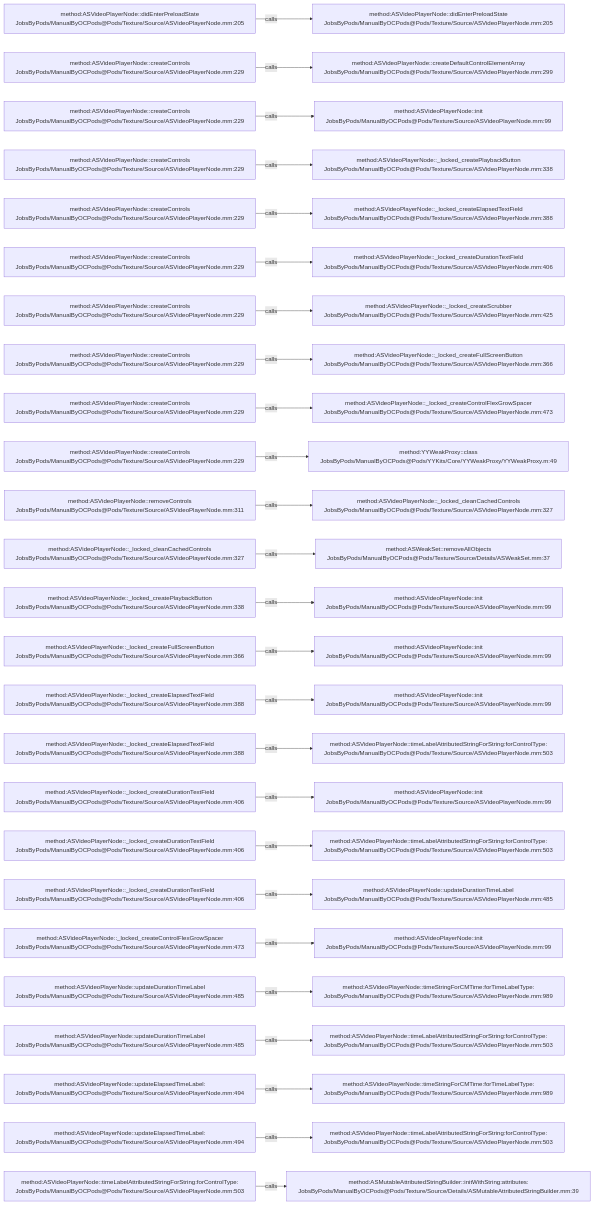
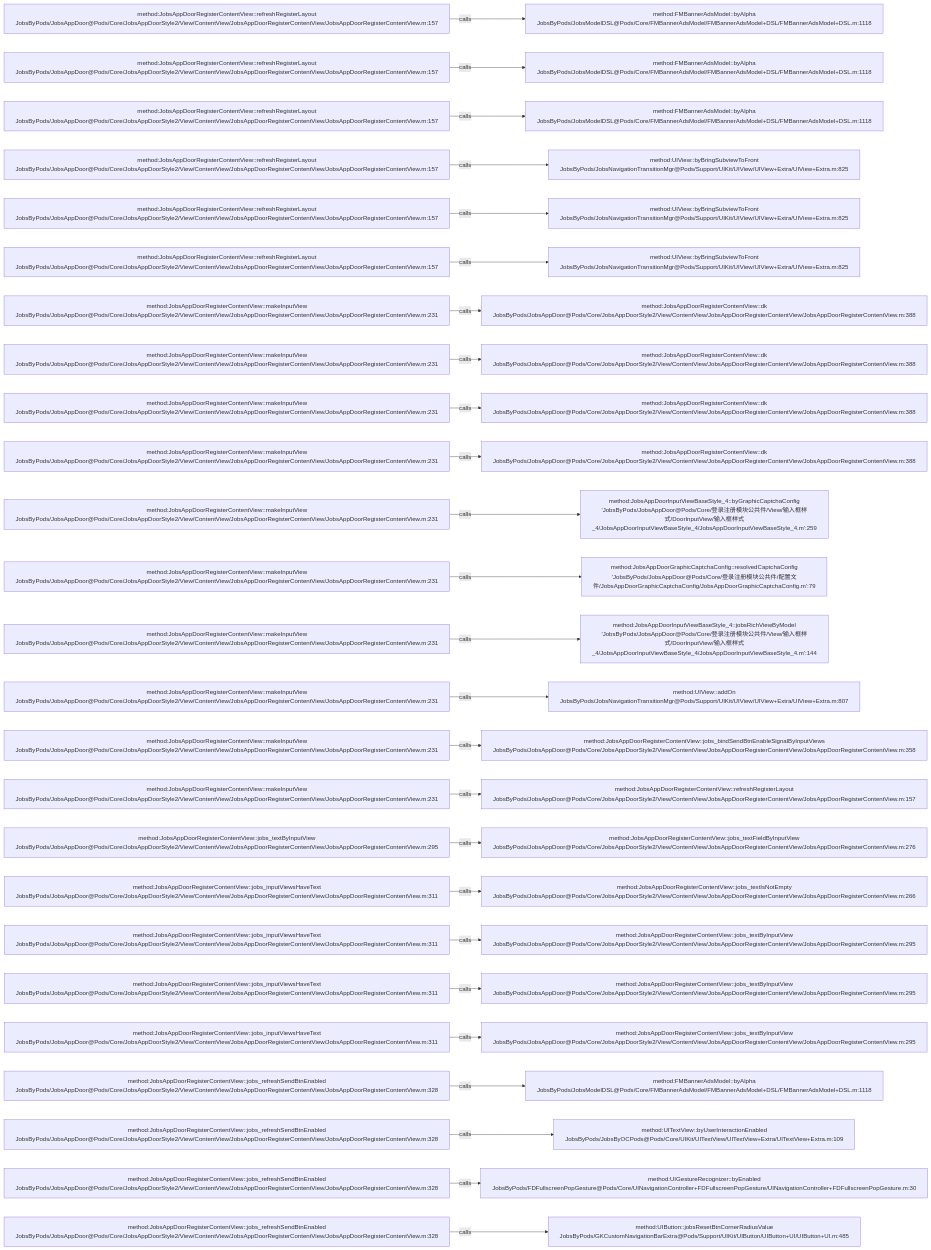
The diagram in .codegraph/codegraph.md/graphs/calls-130.md (JobsKits/JobsOCBaseConfigDemo), drawn with Mermaid before and after one commit. The commit also changed 768 other files, not shown here.

````diff
--- a/.codegraph/codegraph.md/graphs/calls-130.md
+++ b/.codegraph/codegraph.md/graphs/calls-130.md
@@ -13,78 +13,78 @@
 ```mermaid
 flowchart LR
-  S1["method:ASVideoPlayerNode::didEnterPreloadState<br/>JobsByPods/ManualByOCPods@Pods/Texture/Source/ASVideoPlayerNode.mm:205"]
-  T1["method:ASVideoPlayerNode::didEnterPreloadState<br/>JobsByPods/ManualByOCPods@Pods/Texture/Source/ASVideoPlayerNode.mm:205"]
+  S1["method:JobsAppDoorRegisterContentView::refreshRegisterLayout<br/>JobsByPods/JobsAppDoor@Pods/Core/JobsAppDoorStyle2/View/ContentView/JobsAppDoorRegisterContentView/JobsAppDoorRegisterContentView.m:157"]
+  T1["method:FMBannerAdsModel::byAlpha<br/>JobsByPods/JobsModelDSL@Pods/Core/FMBannerAdsModel/FMBannerAdsModel+DSL/FMBannerAdsModel+DSL.m:1118"]
   S1 -->|calls| T1
-  S2["method:ASVideoPlayerNode::createControls<br/>JobsByPods/ManualByOCPods@Pods/Texture/Source/ASVideoPlayerNode.mm:229"]
-  T2["method:ASVideoPlayerNode::createDefaultControlElementArray<br/>JobsByPods/ManualByOCPods@Pods/Texture/Source/ASVideoPlayerNode.mm:299"]
+  S2["method:JobsAppDoorRegisterContentView::refreshRegisterLayout<br/>JobsByPods/JobsAppDoor@Pods/Core/JobsAppDoorStyle2/View/ContentView/JobsAppDoorRegisterContentView/JobsAppDoorRegisterContentView.m:157"]
+  T2["method:FMBannerAdsModel::byAlpha<br/>JobsByPods/JobsModelDSL@Pods/Core/FMBannerAdsModel/FMBannerAdsModel+DSL/FMBannerAdsModel+DSL.m:1118"]
   S2 -->|calls| T2
-  S3["method:ASVideoPlayerNode::createControls<br/>JobsByPods/ManualByOCPods@Pods/Texture/Source/ASVideoPlayerNode.mm:229"]
-  T3["method:ASVideoPlayerNode::init<br/>JobsByPods/ManualByOCPods@Pods/Texture/Source/ASVideoPlayerNode.mm:99"]
+  S3["method:JobsAppDoorRegisterContentView::refreshRegisterLayout<br/>JobsByPods/JobsAppDoor@Pods/Core/JobsAppDoorStyle2/View/ContentView/JobsAppDoorRegisterContentView/JobsAppDoorRegisterContentView.m:157"]
+  T3["method:FMBannerAdsModel::byAlpha<br/>JobsByPods/JobsModelDSL@Pods/Core/FMBannerAdsModel/FMBannerAdsModel+DSL/FMBannerAdsModel+DSL.m:1118"]
   S3 -->|calls| T3
-  S4["method:ASVideoPlayerNode::createControls<br/>JobsByPods/ManualByOCPods@Pods/Texture/Source/ASVideoPlayerNode.mm:229"]
-  T4["method:ASVideoPlayerNode::_locked_createPlaybackButton<br/>JobsByPods/ManualByOCPods@Pods/Texture/Source/ASVideoPlayerNode.mm:338"]
+  S4["method:JobsAppDoorRegisterContentView::refreshRegisterLayout<br/>JobsByPods/JobsAppDoor@Pods/Core/JobsAppDoorStyle2/View/ContentView/JobsAppDoorRegisterContentView/JobsAppDoorRegisterContentView.m:157"]
+  T4["method:UIView::byBringSubviewToFront<br/>JobsByPods/JobsNavigationTransitionMgr@Pods/Support/UIKit/UIView/UIView+Extra/UIView+Extra.m:825"]
   S4 -->|calls| T4
-  S5["method:ASVideoPlayerNode::createControls<br/>JobsByPods/ManualByOCPods@Pods/Texture/Source/ASVideoPlayerNode.mm:229"]
-  T5["method:ASVideoPlayerNode::_locked_createElapsedTextField<br/>JobsByPods/ManualByOCPods@Pods/Texture/Source/ASVideoPlayerNode.mm:388"]
+  S5["method:JobsAppDoorRegisterContentView::refreshRegisterLayout<br/>JobsByPods/JobsAppDoor@Pods/Core/JobsAppDoorStyle2/View/ContentView/JobsAppDoorRegisterContentView/JobsAppDoorRegisterContentView.m:157"]
+  T5["method:UIView::byBringSubviewToFront<br/>JobsByPods/JobsNavigationTransitionMgr@Pods/Support/UIKit/UIView/UIView+Extra/UIView+Extra.m:825"]
   S5 -->|calls| T5
-  S6["method:ASVideoPlayerNode::createControls<br/>JobsByPods/ManualByOCPods@Pods/Texture/Source/ASVideoPlayerNode.mm:229"]
-  T6["method:ASVideoPlayerNode::_locked_createDurationTextField<br/>JobsByPods/ManualByOCPods@Pods/Texture/Source/ASVideoPlayerNode.mm:406"]
+  S6["method:JobsAppDoorRegisterContentView::refreshRegisterLayout<br/>JobsByPods/JobsAppDoor@Pods/Core/JobsAppDoorStyle2/View/ContentView/JobsAppDoorRegisterContentView/JobsAppDoorRegisterContentView.m:157"]
+  T6["method:UIView::byBringSubviewToFront<br/>JobsByPods/JobsNavigationTransitionMgr@Pods/Support/UIKit/UIView/UIView+Extra/UIView+Extra.m:825"]
   S6 -->|calls| T6
-  S7["method:ASVideoPlayerNode::createControls<br/>JobsByPods/ManualByOCPods@Pods/Texture/Source/ASVideoPlayerNode.mm:229"]
-  T7["method:ASVideoPlayerNode::_locked_createScrubber<br/>JobsByPods/ManualByOCPods@Pods/Texture/Source/ASVideoPlayerNode.mm:425"]
+  S7["method:JobsAppDoorRegisterContentView::makeInputView<br/>JobsByPods/JobsAppDoor@Pods/Core/JobsAppDoorStyle2/View/ContentView/JobsAppDoorRegisterContentView/JobsAppDoorRegisterContentView.m:231"]
+  T7["method:JobsAppDoorRegisterContentView::dk<br/>JobsByPods/JobsAppDoor@Pods/Core/JobsAppDoorStyle2/View/ContentView/JobsAppDoorRegisterContentView/JobsAppDoorRegisterContentView.m:388"]
   S7 -->|calls| T7
-  S8["method:ASVideoPlayerNode::createControls<br/>JobsByPods/ManualByOCPods@Pods/Texture/Source/ASVideoPlayerNode.mm:229"]
-  T8["method:ASVideoPlayerNode::_locked_createFullScreenButton<br/>JobsByPods/ManualByOCPods@Pods/Texture/Source/ASVideoPlayerNode.mm:366"]
+  S8["method:JobsAppDoorRegisterContentView::makeInputView<br/>JobsByPods/JobsAppDoor@Pods/Core/JobsAppDoorStyle2/View/ContentView/JobsAppDoorRegisterContentView/JobsAppDoorRegisterContentView.m:231"]
+  T8["method:JobsAppDoorRegisterContentView::dk<br/>JobsByPods/JobsAppDoor@Pods/Core/JobsAppDoorStyle2/View/ContentView/JobsAppDoorRegisterContentView/JobsAppDoorRegisterContentView.m:388"]
   S8 -->|calls| T8
-  S9["method:ASVideoPlayerNode::createControls<br/>JobsByPods/ManualByOCPods@Pods/Texture/Source/ASVideoPlayerNode.mm:229"]
-  T9["method:ASVideoPlayerNode::_locked_createControlFlexGrowSpacer<br/>JobsByPods/ManualByOCPods@Pods/Texture/Source/ASVideoPlayerNode.mm:473"]
+  S9["method:JobsAppDoorRegisterContentView::makeInputView<br/>JobsByPods/JobsAppDoor@Pods/Core/JobsAppDoorStyle2/View/ContentView/JobsAppDoorRegisterContentView/JobsAppDoorRegisterContentView.m:231"]
+  T9["method:JobsAppDoorRegisterContentView::dk<br/>JobsByPods/JobsAppDoor@Pods/Core/JobsAppDoorStyle2/View/ContentView/JobsAppDoorRegisterContentView/JobsAppDoorRegisterContentView.m:388"]
   S9 -->|calls| T9
-  S10["method:ASVideoPlayerNode::createControls<br/>JobsByPods/ManualByOCPods@Pods/Texture/Source/ASVideoPlayerNode.mm:229"]
-  T10["method:YYWeakProxy::class<br/>JobsByPods/ManualByOCPods@Pods/YYKits/Core/YYWeakProxy/YYWeakProxy.m:49"]
+  S10["method:JobsAppDoorRegisterContentView::makeInputView<br/>JobsByPods/JobsAppDoor@Pods/Core/JobsAppDoorStyle2/View/ContentView/JobsAppDoorRegisterContentView/JobsAppDoorRegisterContentView.m:231"]
+  T10["method:JobsAppDoorRegisterContentView::dk<br/>JobsByPods/JobsAppDoor@Pods/Core/JobsAppDoorStyle2/View/ContentView/JobsAppDoorRegisterContentView/JobsAppDoorRegisterContentView.m:388"]
   S10 -->|calls| T10
-  S11["method:ASVideoPlayerNode::removeControls<br/>JobsByPods/ManualByOCPods@Pods/Texture/Source/ASVideoPlayerNode.mm:311"]
-  T11["method:ASVideoPlayerNode::_locked_cleanCachedControls<br/>JobsByPods/ManualByOCPods@Pods/Texture/Source/ASVideoPlayerNode.mm:327"]
+  S11["method:JobsAppDoorRegisterContentView::makeInputView<br/>JobsByPods/JobsAppDoor@Pods/Core/JobsAppDoorStyle2/View/ContentView/JobsAppDoorRegisterContentView/JobsAppDoorRegisterContentView.m:231"]
+  T11["method:JobsAppDoorInputViewBaseStyle_4::byGraphicCaptchaConfig<br/>'JobsByPods/JobsAppDoor@Pods/Core/登录注册模块公共件/View/输入框样式/DoorInputView/输入框样式_4/JobsAppDoorInputViewBaseStyle_4/JobsAppDoorInputViewBaseStyle_4.m':259"]
   S11 -->|calls| T11
-  S12["method:ASVideoPlayerNode::_locked_cleanCachedControls<br/>JobsByPods/ManualByOCPods@Pods/Texture/Source/ASVideoPlayerNode.mm:327"]
-  T12["method:ASWeakSet::removeAllObjects<br/>JobsByPods/ManualByOCPods@Pods/Texture/Source/Details/ASWeakSet.mm:37"]
+  S12["method:JobsAppDoorRegisterContentView::makeInputView<br/>JobsByPods/JobsAppDoor@Pods/Core/JobsAppDoorStyle2/View/ContentView/JobsAppDoorRegisterContentView/JobsAppDoorRegisterContentView.m:231"]
+  T12["method:JobsAppDoorGraphicCaptchaConfig::resolvedCaptchaConfig<br/>'JobsByPods/JobsAppDoor@Pods/Core/登录注册模块公共件/配置文件/JobsAppDoorGraphicCaptchaConfig/JobsAppDoorGraphicCaptchaConfig.m':79"]
   S12 -->|calls| T12
-  S13["method:ASVideoPlayerNode::_locked_createPlaybackButton<br/>JobsByPods/ManualByOCPods@Pods/Texture/Source/ASVideoPlayerNode.mm:338"]
-  T13["method:ASVideoPlayerNode::init<br/>JobsByPods/ManualByOCPods@Pods/Texture/Source/ASVideoPlayerNode.mm:99"]
+  S13["method:JobsAppDoorRegisterContentView::makeInputView<br/>JobsByPods/JobsAppDoor@Pods/Core/JobsAppDoorStyle2/View/ContentView/JobsAppDoorRegisterContentView/JobsAppDoorRegisterContentView.m:231"]
+  T13["method:JobsAppDoorInputViewBaseStyle_4::jobsRichViewByModel<br/>'JobsByPods/JobsAppDoor@Pods/Core/登录注册模块公共件/View/输入框样式/DoorInputView/输入框样式_4/JobsAppDoorInputViewBaseStyle_4/JobsAppDoorInputViewBaseStyle_4.m':144"]
   S13 -->|calls| T13
-  S14["method:ASVideoPlayerNode::_locked_createFullScreenButton<br/>JobsByPods/ManualByOCPods@Pods/Texture/Source/ASVideoPlayerNode.mm:366"]
-  T14["method:ASVideoPlayerNode::init<br/>JobsByPods/ManualByOCPods@Pods/Texture/Source/ASVideoPlayerNode.mm:99"]
+  S14["method:JobsAppDoorRegisterContentView::makeInputView<br/>JobsByPods/JobsAppDoor@Pods/Core/JobsAppDoorStyle2/View/ContentView/JobsAppDoorRegisterContentView/JobsAppDoorRegisterContentView.m:231"]
+  T14["method:UIView::addOn<br/>JobsByPods/JobsNavigationTransitionMgr@Pods/Support/UIKit/UIView/UIView+Extra/UIView+Extra.m:807"]
   S14 -->|calls| T14
-  S15["method:ASVideoPlayerNode::_locked_createElapsedTextField<br/>JobsByPods/ManualByOCPods@Pods/Texture/Source/ASVideoPlayerNode.mm:388"]
-  T15["method:ASVideoPlayerNode::init<br/>JobsByPods/ManualByOCPods@Pods/Texture/Source/ASVideoPlayerNode.mm:99"]
+  S15["method:JobsAppDoorRegisterContentView::makeInputView<br/>JobsByPods/JobsAppDoor@Pods/Core/JobsAppDoorStyle2/View/ContentView/JobsAppDoorRegisterContentView/JobsAppDoorRegisterContentView.m:231"]
+  T15["method:JobsAppDoorRegisterContentView::jobs_bindSendBtnEnableSignalByInputViews<br/>JobsByPods/JobsAppDoor@Pods/Core/JobsAppDoorStyle2/View/ContentView/JobsAppDoorRegisterContentView/JobsAppDoorRegisterContentView.m:358"]
   S15 -->|calls| T15
-  S16["method:ASVideoPlayerNode::_locked_createElapsedTextField<br/>JobsByPods/ManualByOCPods@Pods/Texture/Source/ASVideoPlayerNode.mm:388"]
-  T16["method:ASVideoPlayerNode::timeLabelAttributedStringForString:forControlType:<br/>JobsByPods/ManualByOCPods@Pods/Texture/Source/ASVideoPlayerNode.mm:503"]
+  S16["method:JobsAppDoorRegisterContentView::makeInputView<br/>JobsByPods/JobsAppDoor@Pods/Core/JobsAppDoorStyle2/View/ContentView/JobsAppDoorRegisterContentView/JobsAppDoorRegisterContentView.m:231"]
+  T16["method:JobsAppDoorRegisterContentView::refreshRegisterLayout<br/>JobsByPods/JobsAppDoor@Pods/Core/JobsAppDoorStyle2/View/ContentView/JobsAppDoorRegisterContentView/JobsAppDoorRegisterContentView.m:157"]
   S16 -->|calls| T16
-  S17["method:ASVideoPlayerNode::_locked_createDurationTextField<br/>JobsByPods/ManualByOCPods@Pods/Texture/Source/ASVideoPlayerNode.mm:406"]
-  T17["method:ASVideoPlayerNode::init<br/>JobsByPods/ManualByOCPods@Pods/Texture/Source/ASVideoPlayerNode.mm:99"]
+  S17["method:JobsAppDoorRegisterContentView::jobs_textByInputView<br/>JobsByPods/JobsAppDoor@Pods/Core/JobsAppDoorStyle2/View/ContentView/JobsAppDoorRegisterContentView/JobsAppDoorRegisterContentView.m:295"]
+  T17["method:JobsAppDoorRegisterContentView::jobs_textFieldByInputView<br/>JobsByPods/JobsAppDoor@Pods/Core/JobsAppDoorStyle2/View/ContentView/JobsAppDoorRegisterContentView/JobsAppDoorRegisterContentView.m:276"]
   S17 -->|calls| T17
-  S18["method:ASVideoPlayerNode::_locked_createDurationTextField<br/>JobsByPods/ManualByOCPods@Pods/Texture/Source/ASVideoPlayerNode.mm:406"]
-  T18["method:ASVideoPlayerNode::timeLabelAttributedStringForString:forControlType:<br/>JobsByPods/ManualByOCPods@Pods/Texture/Source/ASVideoPlayerNode.mm:503"]
+  S18["method:JobsAppDoorRegisterContentView::jobs_inputViewsHaveText<br/>JobsByPods/JobsAppDoor@Pods/Core/JobsAppDoorStyle2/View/ContentView/JobsAppDoorRegisterContentView/JobsAppDoorRegisterContentView.m:311"]
+  T18["method:JobsAppDoorRegisterContentView::jobs_textIsNotEmpty<br/>JobsByPods/JobsAppDoor@Pods/Core/JobsAppDoorStyle2/View/ContentView/JobsAppDoorRegisterContentView/JobsAppDoorRegisterContentView.m:266"]
   S18 -->|calls| T18
-  S19["method:ASVideoPlayerNode::_locked_createDurationTextField<br/>JobsByPods/ManualByOCPods@Pods/Texture/Source/ASVideoPlayerNode.mm:406"]
-  T19["method:ASVideoPlayerNode::updateDurationTimeLabel<br/>JobsByPods/ManualByOCPods@Pods/Texture/Source/ASVideoPlayerNode.mm:485"]
+  S19["method:JobsAppDoorRegisterContentView::jobs_inputViewsHaveText<br/>JobsByPods/JobsAppDoor@Pods/Core/JobsAppDoorStyle2/View/ContentView/JobsAppDoorRegisterContentView/JobsAppDoorRegisterContentView.m:311"]
+  T19["method:JobsAppDoorRegisterContentView::jobs_textByInputView<br/>JobsByPods/JobsAppDoor@Pods/Core/JobsAppDoorStyle2/View/ContentView/JobsAppDoorRegisterContentView/JobsAppDoorRegisterContentView.m:295"]
   S19 -->|calls| T19
-  S20["method:ASVideoPlayerNode::_locked_createControlFlexGrowSpacer<br/>JobsByPods/ManualByOCPods@Pods/Texture/Source/ASVideoPlayerNode.mm:473"]
-  T20["method:ASVideoPlayerNode::init<br/>JobsByPods/ManualByOCPods@Pods/Texture/Source/ASVideoPlayerNode.mm:99"]
+  S20["method:JobsAppDoorRegisterContentView::jobs_inputViewsHaveText<br/>JobsByPods/JobsAppDoor@Pods/Core/JobsAppDoorStyle2/View/ContentView/JobsAppDoorRegisterContentView/JobsAppDoorRegisterContentView.m:311"]
+  T20["method:JobsAppDoorRegisterContentView::jobs_textByInputView<br/>JobsByPods/JobsAppDoor@Pods/Core/JobsAppDoorStyle2/View/ContentView/JobsAppDoorRegisterContentView/JobsAppDoorRegisterContentView.m:295"]
   S20 -->|calls| T20
-  S21["method:ASVideoPlayerNode::updateDurationTimeLabel<br/>JobsByPods/ManualByOCPods@Pods/Texture/Source/ASVideoPlayerNode.mm:485"]
-  T21["method:ASVideoPlayerNode::timeStringForCMTime:forTimeLabelType:<br/>JobsByPods/ManualByOCPods@Pods/Texture/Source/ASVideoPlayerNode.mm:989"]
+  S21["method:JobsAppDoorRegisterContentView::jobs_inputViewsHaveText<br/>JobsByPods/JobsAppDoor@Pods/Core/JobsAppDoorStyle2/View/ContentView/JobsAppDoorRegisterContentView/JobsAppDoorRegisterContentView.m:311"]
+  T21["method:JobsAppDoorRegisterContentView::jobs_textByInputView<br/>JobsByPods/JobsAppDoor@Pods/Core/JobsAppDoorStyle2/View/ContentView/JobsAppDoorRegisterContentView/JobsAppDoorRegisterContentView.m:295"]
   S21 -->|calls| T21
-  S22["method:ASVideoPlayerNode::updateDurationTimeLabel<br/>JobsByPods/ManualByOCPods@Pods/Texture/Source/ASVideoPlayerNode.mm:485"]
-  T22["method:ASVideoPlayerNode::timeLabelAttributedStringForString:forControlType:<br/>JobsByPods/ManualByOCPods@Pods/Texture/Source/ASVideoPlayerNode.mm:503"]
+  S22["method:JobsAppDoorRegisterContentView::jobs_refreshSendBtnEnabled<br/>JobsByPods/JobsAppDoor@Pods/Core/JobsAppDoorStyle2/View/ContentView/JobsAppDoorRegisterContentView/JobsAppDoorRegisterContentView.m:328"]
+  T22["method:FMBannerAdsModel::byAlpha<br/>JobsByPods/JobsModelDSL@Pods/Core/FMBannerAdsModel/FMBannerAdsModel+DSL/FMBannerAdsModel+DSL.m:1118"]
   S22 -->|calls| T22
-  S23["method:ASVideoPlayerNode::updateElapsedTimeLabel:<br/>JobsByPods/ManualByOCPods@Pods/Texture/Source/ASVideoPlayerNode.mm:494"]
-  T23["method:ASVideoPlayerNode::timeStringForCMTime:forTimeLabelType:<br/>JobsByPods/ManualByOCPods@Pods/Texture/Source/ASVideoPlayerNode.mm:989"]
+  S23["method:JobsAppDoorRegisterContentView::jobs_refreshSendBtnEnabled<br/>JobsByPods/JobsAppDoor@Pods/Core/JobsAppDoorStyle2/View/ContentView/JobsAppDoorRegisterContentView/JobsAppDoorRegisterContentView.m:328"]
+  T23["method:UITextView::byUserInteractionEnabled<br/>JobsByPods/JobsByOCPods@Pods/Core/UIKit/UITextView/UITextView+Extra/UITextView+Extra.m:109"]
   S23 -->|calls| T23
-  S24["method:ASVideoPlayerNode::updateElapsedTimeLabel:<br/>JobsByPods/ManualByOCPods@Pods/Texture/Source/ASVideoPlayerNode.mm:494"]
-  T24["method:ASVideoPlayerNode::timeLabelAttributedStringForString:forControlType:<br/>JobsByPods/ManualByOCPods@Pods/Texture/Source/ASVideoPlayerNode.mm:503"]
+  S24["method:JobsAppDoorRegisterContentView::jobs_refreshSendBtnEnabled<br/>JobsByPods/JobsAppDoor@Pods/Core/JobsAppDoorStyle2/View/ContentView/JobsAppDoorRegisterContentView/JobsAppDoorRegisterContentView.m:328"]
+  T24["method:UIGestureRecognizer::byEnabled<br/>JobsByPods/FDFullscreenPopGesture@Pods/Core/UINavigationController+FDFullscreenPopGesture/UINavigationController+FDFullscreenPopGesture.m:30"]
   S24 -->|calls| T24
-  S25["method:ASVideoPlayerNode::timeLabelAttributedStringForString:forControlType:<br/>JobsByPods/ManualByOCPods@Pods/Texture/Source/ASVideoPlayerNode.mm:503"]
-  T25["method:ASMutableAttributedStringBuilder::initWithString:attributes:<br/>JobsByPods/ManualByOCPods@Pods/Texture/Source/Details/ASMutableAttributedStringBuilder.mm:39"]
+  S25["method:JobsAppDoorRegisterContentView::jobs_refreshSendBtnEnabled<br/>JobsByPods/JobsAppDoor@Pods/Core/JobsAppDoorStyle2/View/ContentView/JobsAppDoorRegisterContentView/JobsAppDoorRegisterContentView.m:328"]
+  T25["method:UIButton::jobsResetBtnCornerRadiusValue<br/>JobsByPods/GKCustomNavigationBarExtra@Pods/Support/UIKit/UIButton/UIButton+UI/UIButton+UI.m:485"]
   S25 -->|calls| T25
 ```
````
